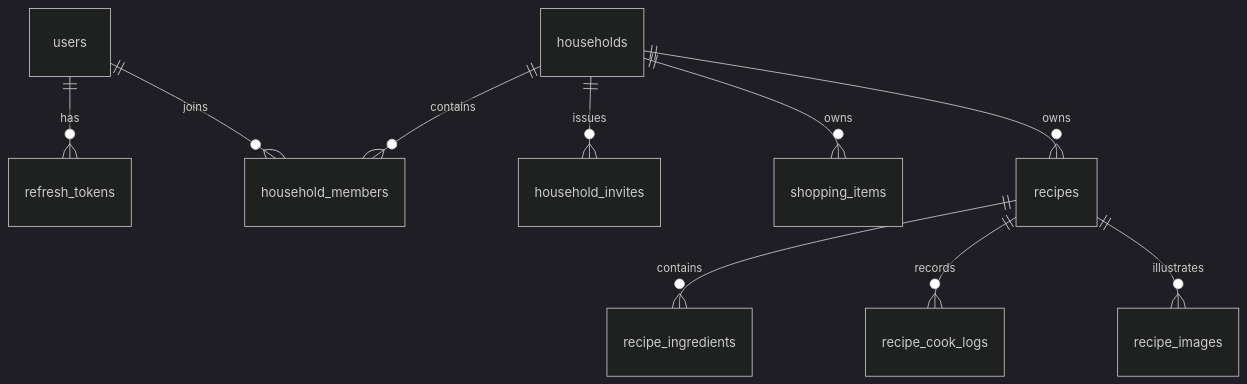
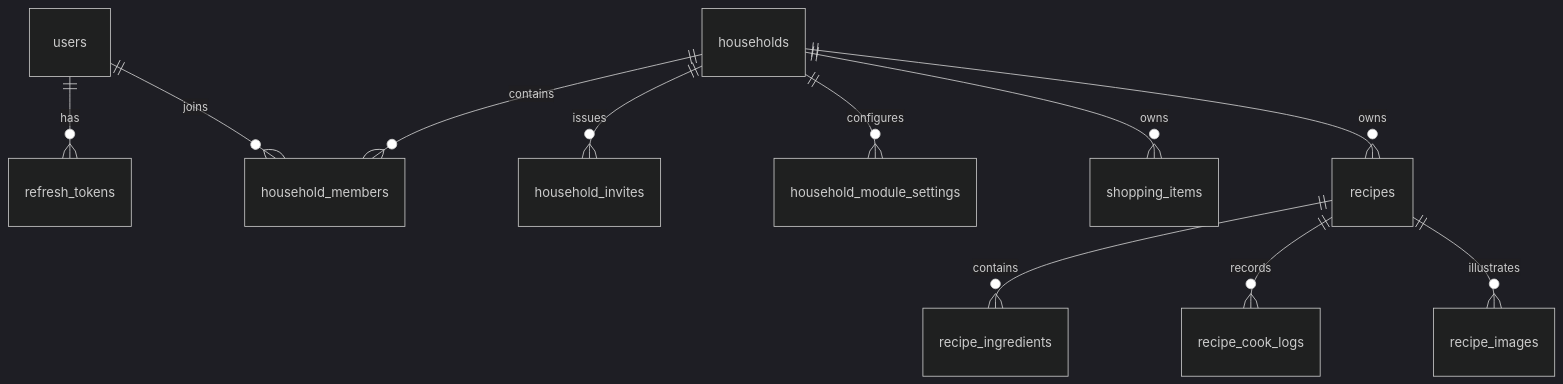
Before and after one commit to arturchichorro/home-hub: the diagram in docs/data-model.md, drawn with Mermaid (dark theme). The commit also changed other lines of this file and 8 other files, not shown here.

````diff
--- a/docs/data-model.md
+++ b/docs/data-model.md
@@ -17,12 +17,13 @@
 ```mermaid
 erDiagram
   users ||--o{ refresh_tokens : has
   users ||--o{ household_members : joins
   households ||--o{ household_members : contains
   households ||--o{ household_invites : issues
+  households ||--o{ household_module_settings : configures
   households ||--o{ shopping_items : owns
   households ||--o{ recipes : owns
   recipes ||--o{ recipe_ingredients : contains
   recipes ||--o{ recipe_cook_logs : records
   recipes ||--o{ recipe_images : illustrates
 ```
````
